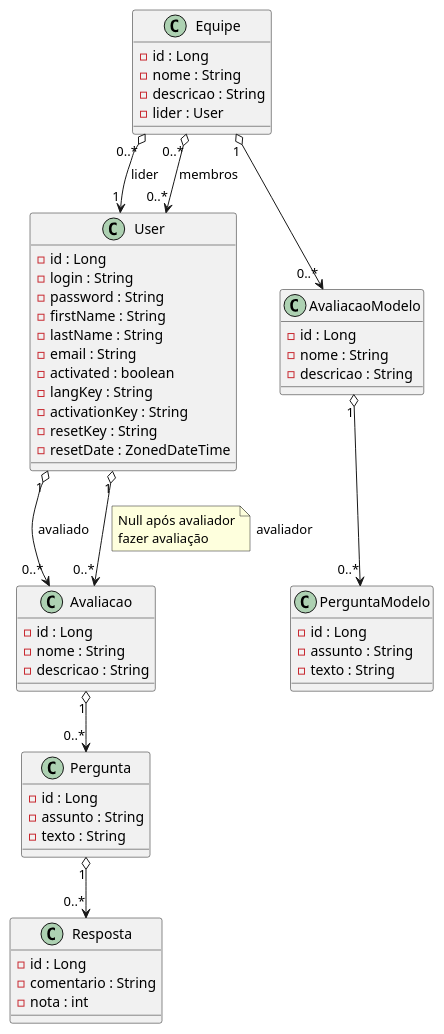
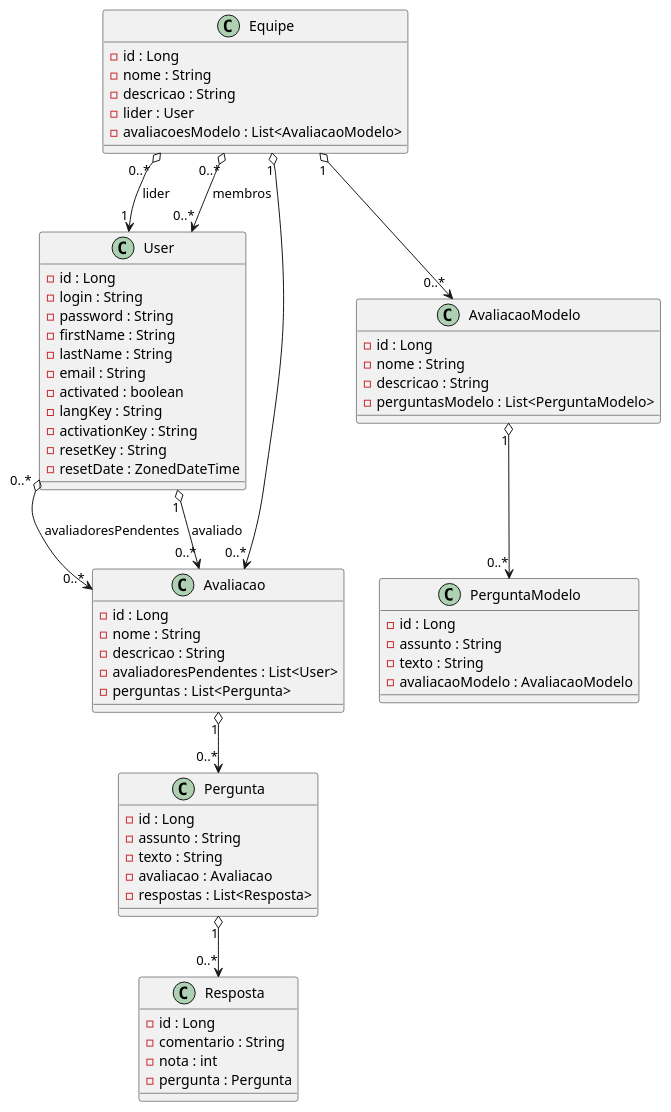
One commit to Maiconfz/avaliacao360zanco changed the diagram in docs/model.plantuml. Above: the diagram before and after it, drawn with PlantUML. The commit also changed 74 other files, not shown here.

```diff
--- a/docs/model.plantuml
+++ b/docs/model.plantuml
@@ -1,68 +1,73 @@
 @startuml
 
 class User {
     - id : Long
     - login : String
     - password : String
     - firstName : String
     - lastName : String
     - email : String
     - activated : boolean
     - langKey : String
     - activationKey : String
     - resetKey : String
     - resetDate : ZonedDateTime
 }
 
 class Equipe {
     - id : Long 
     - nome : String 
     - descricao : String
     - lider : User
+    - avaliacoesModelo : List<AvaliacaoModelo>
 }
 
 class AvaliacaoModelo{
     - id : Long
     - nome : String
     - descricao : String
+    - perguntasModelo : List<PerguntaModelo>
+}
+
+class PerguntaModelo{
+    - id : Long
+    - assunto : String
+    - texto : String
+    - avaliacaoModelo : AvaliacaoModelo
 }
 
 class Avaliacao{
     - id : Long 
     - nome : String
     - descricao : String
-}
-
-class PerguntaModelo{
-    - id : Long
-    - assunto : String
-    - texto : String
+    - avaliadoresPendentes : List<User>
+    - perguntas : List<Pergunta>
 }
 
 class Pergunta {
     - id : Long
     - assunto : String
     - texto : String
+    - avaliacao : Avaliacao
+    - respostas : List<Resposta>
 }
 
 class Resposta{
     - id : Long
     - comentario : String
     - nota : int
+    - pergunta : Pergunta
 }
 
 Equipe "0..*" o--> "1" User : lider
 Equipe "0..*" o--> "0..*" User : membros
 Equipe "1" o--> "0..*" AvaliacaoModelo
+Equipe "1" o--> "0..*" Avaliacao
 AvaliacaoModelo "1" o--> "0..*" PerguntaModelo
 User "1" o--> "0..*" Avaliacao : "avaliado"
-User "1" o--> "0..*" Avaliacao : "avaliador"
-note left on link
-Null após avaliador
-fazer avaliação
-end note
+User "0..*" o--> "0..*" Avaliacao : "avaliadoresPendentes"
 Avaliacao "1" o--> "0..*" Pergunta
 Pergunta "1" o--> "0..*" Resposta
 
 
 @enduml
```
